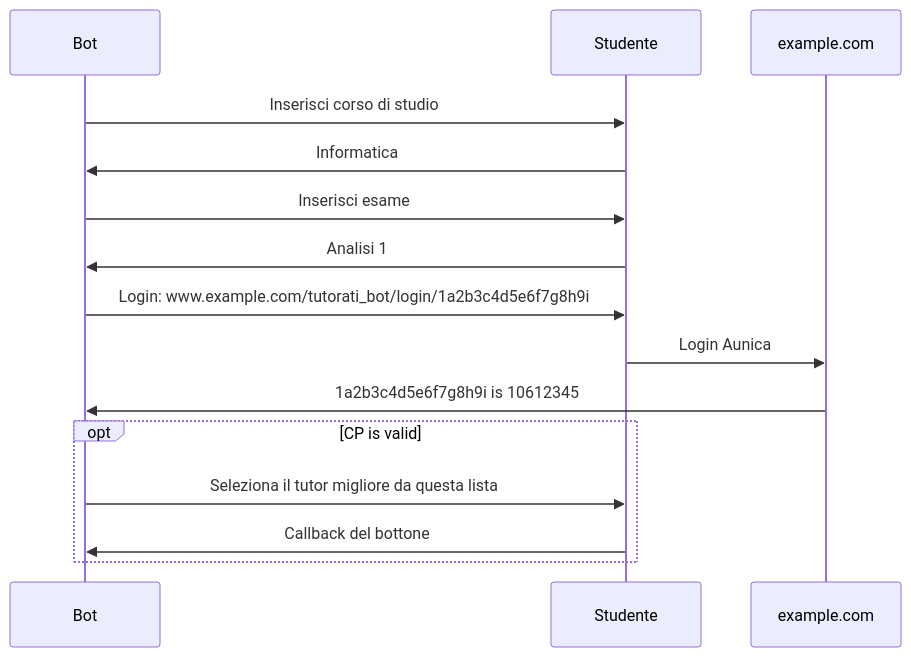
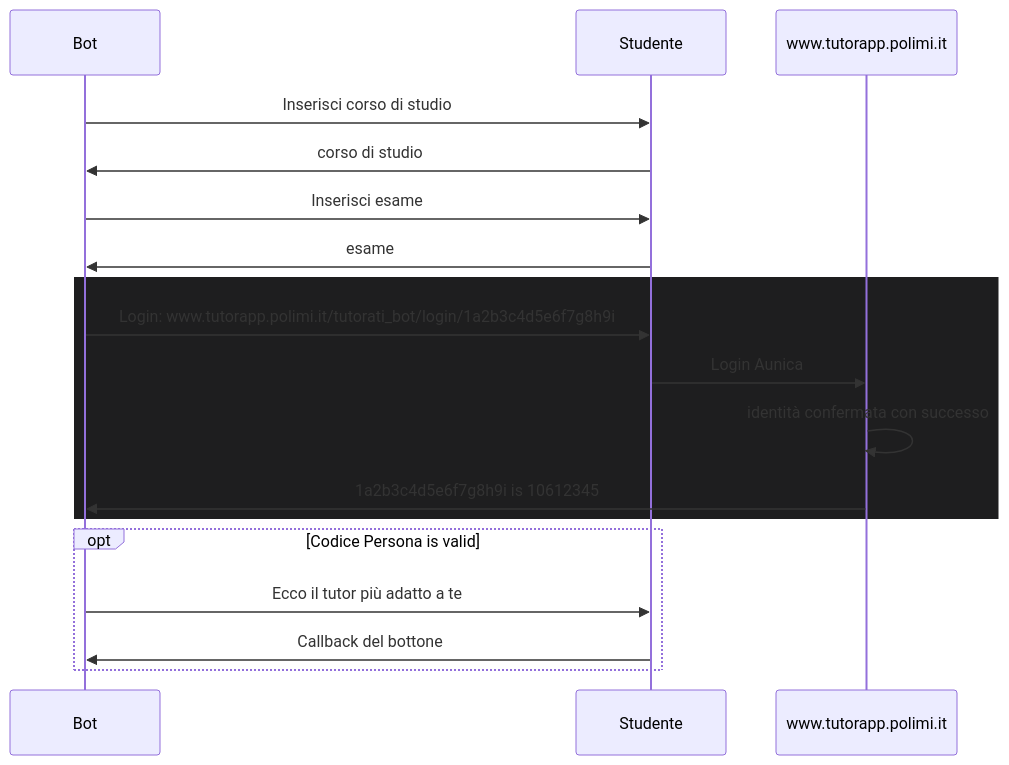
Before and after one commit to zibasPk/politutorbot: the diagram in readme.md, drawn with Mermaid. The commit also changed other lines of this file and 5 other files, not shown here.

````diff
--- a/readme.md
+++ b/readme.md
@@ -3,14 +2,17 @@
 ```mermaid
 sequenceDiagram
     Bot->>Studente: Inserisci corso di studio
-    Studente->>Bot: Informatica
+    Studente->>Bot: corso di studio
     Bot->>Studente: Inserisci esame
-    Studente->>Bot: Analisi 1
-    Bot->>Studente: Login: www.example.com/tutorati_bot/login/1a2b3c4d5e6f7g8h9i
-    Studente->>example.com: Login Aunica
-    example.com->>Bot: 1a2b3c4d5e6f7g8h9i is 10612345
-    opt CP is valid
-    Bot->>Studente: Seleziona il tutor migliore da questa lista
+    Studente->>Bot: esame
+    rect rgb(30, 30, 31)
+    Bot->>Studente: Login: www.tutorapp.polimi.it/tutorati_bot/login/1a2b3c4d5e6f7g8h9i
+    Studente->> www.tutorapp.polimi.it: Login Aunica
+    www.tutorapp.polimi.it ->> www.tutorapp.polimi.it: identità confermata con successo
+    www.tutorapp.polimi.it ->>Bot: 1a2b3c4d5e6f7g8h9i is 10612345
+    end
+    opt Codice Persona is valid
+    Bot->>Studente: Ecco il tutor più adatto a te
     Studente->>Bot: Callback del bottone
     end
 ```
````
